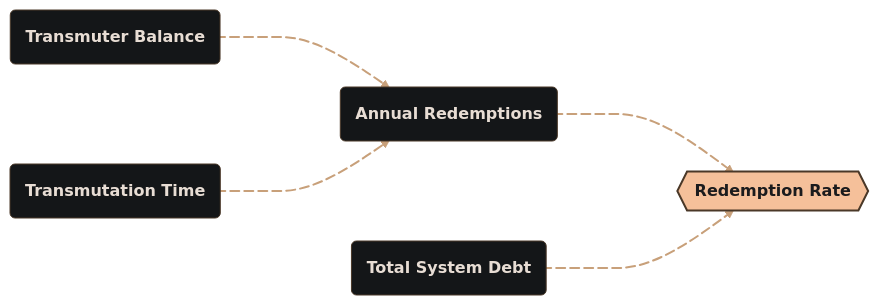
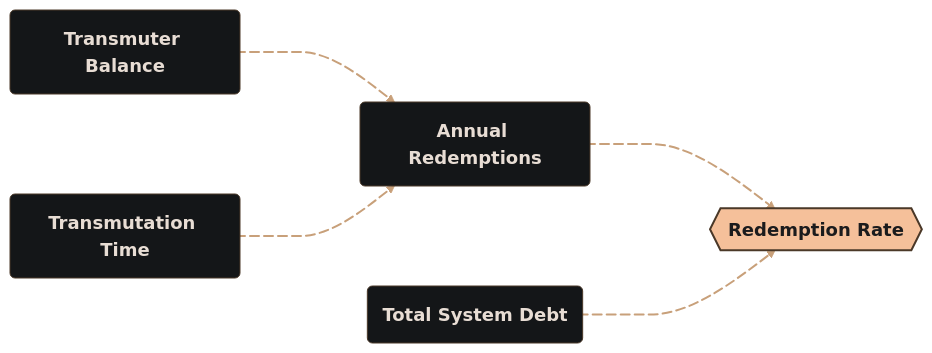
One commit to alchemix-finance/alchemix-v3-docs changed the first of 3 diagrams in docs/user/concepts/redemption-rate.md. Above: the diagram before and after it, drawn with Mermaid. The commit also changed other lines of this file and 31 other files, not shown here.

````diff
--- a/docs/user/concepts/redemption-rate.md
+++ b/docs/user/concepts/redemption-rate.md
@@ -30,43 +28,44 @@
 ```mermaid
 %%{init: {
   'theme': 'base',
   'themeVariables': {
     'fontFamily': 'Montserrat',
     'primaryColor': '#141618',
     'primaryBorderColor': '#4a3828',
     'primaryTextColor': '#e8ddd4',
     'lineColor': '#c8a07a',
     'edgeLabelBackground': '#0d0e10',
-    'tertiaryColor': '#141618'
+    'tertiaryColor': '#141618',
+    'fontSize': '18px'
   },
   'flowchart': {
     'curve': 'monotoneX',
     'nodeSpacing': 100,
     'rankSpacing': 120
   }
 }}%%
 flowchart LR
     %% Font Weights
     classDef default font-weight:bold;
 
     %% Inputs
     A(Transmuter Balance)
     B(Transmutation Time)
     C(Total System Debt)
     D(Annual Redemptions)
     E{{Redemption Rate}}
 
     %% Connections
     A e1@--> D
     B e2@--> D
     D e3@--> E
     C e4@--> E
 
     %% Styling
     style E fill:#f5c09a,stroke:#4a3828,stroke-width:2px,color:#1b1b1d
     linkStyle 0,1,2,3 stroke:#c8a07a,stroke-width:2px
     e1@{ animation: slow }
     e2@{ animation: slow }
     e3@{ animation: fast }
     e4@{ animation: slow }
 ```
````
